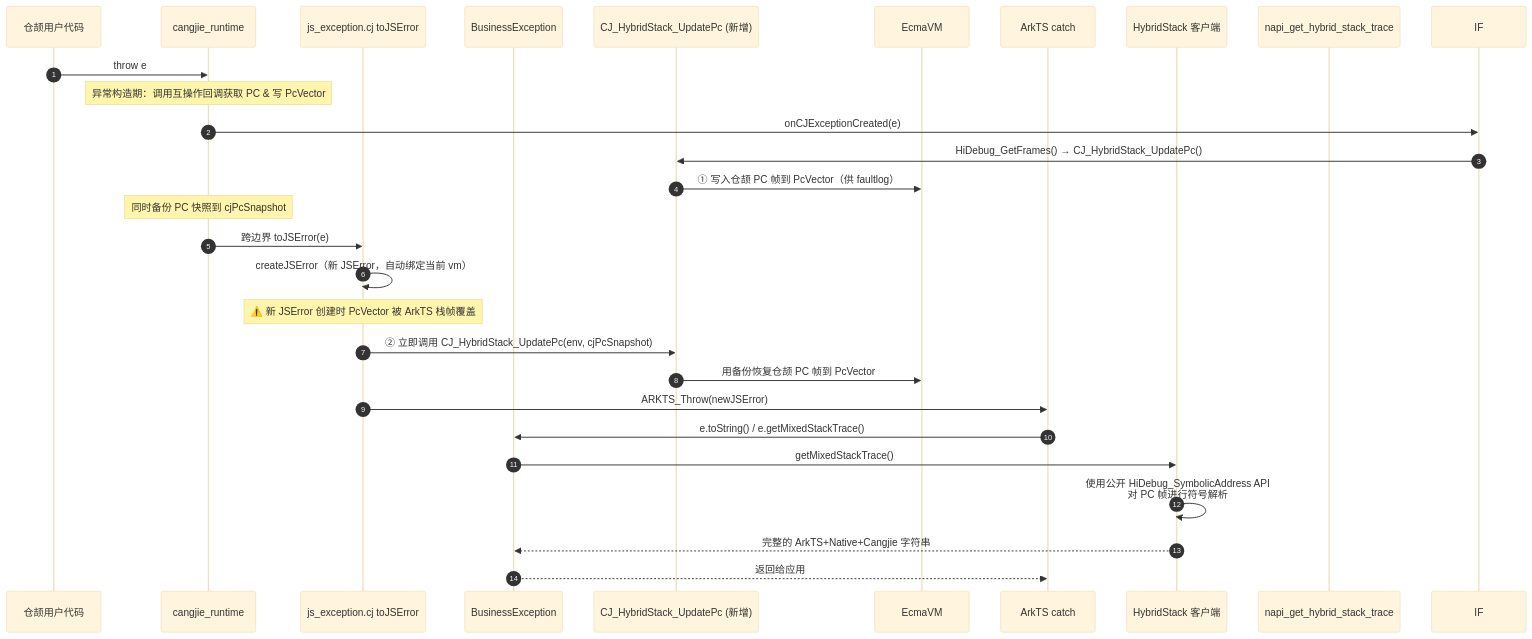
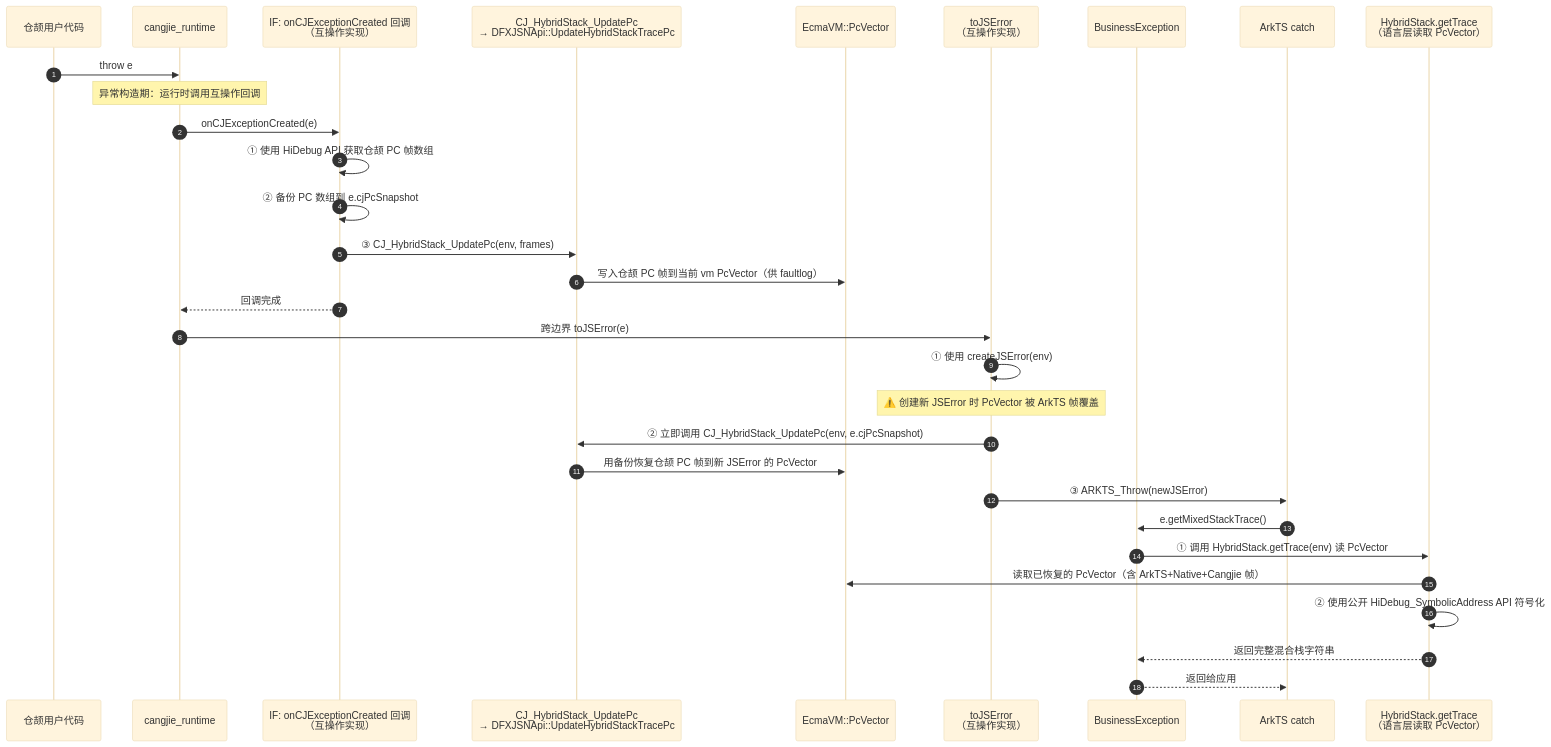
One commit to openharmony/arkcompiler_cangjie_ark_interop changed the third of 3 diagrams in doc/hybridstack_architecture_design.md. Above: the diagram before and after it, drawn with Mermaid (base theme). The commit also changed other lines of this file, not shown here.

First line of the commit message:
fix(hybridstack): clarify architecture - UpdatePc called only by interop, not runtime

````diff
--- a/doc/hybridstack_architecture_design.md
+++ b/doc/hybridstack_architecture_design.md
@@ -155,31 +155,34 @@
 ```mermaid
 sequenceDiagram
     autonumber
     participant U as 仓颉用户代码
     participant CR as cangjie_runtime
-    participant JS as js_exception.cj toJSError
+    participant IFCB as IF: onCJExceptionCreated 回调<br/>（互操作实现）
+    participant UpdatePc as CJ_HybridStack_UpdatePc<br/>→ DFXJSNApi::UpdateHybridStackTracePc
+    participant VM as EcmaVM::PcVector
+    participant ToJS as toJSError<br/>（互操作实现）
     participant BIZ as BusinessException
-    participant CFFI as CJ_HybridStack_UpdatePc (新增)
-    participant VM as EcmaVM
     participant ETS as ArkTS catch
-    participant HS as HybridStack 客户端
-    participant NAPI as napi_get_hybrid_stack_trace
+    participant HS as HybridStack.getTrace<br/>（语言层读取 PcVector）
 
     U->>CR: throw e
-    Note over CR: 异常构造期：调用互操作回调获取 PC & 写 PcVector
-    CR->>IF: onCJExceptionCreated(e)
-    IF->>CFFI: HiDebug_GetFrames() → CJ_HybridStack_UpdatePc()
-    CFFI->>VM: ① 写入仓颉 PC 帧到 PcVector（供 faultlog）
-    Note over CR: 同时备份 PC 快照到 cjPcSnapshot
-    CR->>JS: 跨边界 toJSError(e)
-    JS->>JS: createJSError（新 JSError，自动绑定当前 vm）
-    Note over JS: ⚠️ 新 JSError 创建时 PcVector 被 ArkTS 栈帧覆盖
-    JS->>CFFI: ② 立即调用 CJ_HybridStack_UpdatePc(env, cjPcSnapshot)
-    CFFI->>VM: 用备份恢复仓颉 PC 帧到 PcVector
-    JS->>ETS: ARKTS_Throw(newJSError)
-    ETS->>BIZ: e.toString() / e.getMixedStackTrace()
-    BIZ->>HS: getMixedStackTrace()
-    HS->>HS: 使用公开 HiDebug_SymbolicAddress API<br/>对 PC 帧进行符号解析
-    HS-->>BIZ: 完整的 ArkTS+Native+Cangjie 字符串
+    Note over CR: 异常构造期：运行时调用互操作回调
+    CR->>IFCB: onCJExceptionCreated(e)
+    IFCB->>IFCB: ① 使用 HiDebug API 获取仓颉 PC 帧数组
+    IFCB->>IFCB: ② 备份 PC 数组到 e.cjPcSnapshot
+    IFCB->>UpdatePc: ③ CJ_HybridStack_UpdatePc(env, frames)
+    UpdatePc->>VM: 写入仓颉 PC 帧到当前 vm PcVector（供 faultlog）
+    IFCB-->>CR: 回调完成
+    CR->>ToJS: 跨边界 toJSError(e)
+    ToJS->>ToJS: ① 使用 createJSError(env)
+    Note over ToJS: ⚠️ 创建新 JSError 时 PcVector 被 ArkTS 帧覆盖
+    ToJS->>UpdatePc: ② 立即调用 CJ_HybridStack_UpdatePc(env, e.cjPcSnapshot)
+    UpdatePc->>VM: 用备份恢复仓颉 PC 帧到新 JSError 的 PcVector
+    ToJS->>ETS: ③ ARKTS_Throw(newJSError)
+    ETS->>BIZ: e.getMixedStackTrace()
+    BIZ->>HS: ① 调用 HybridStack.getTrace(env) 读 PcVector
+    HS->>VM: 读取已恢复的 PcVector（含 ArkTS+Native+Cangjie 帧）
+    HS->>HS: ② 使用公开 HiDebug_SymbolicAddress API 符号化
+    HS-->>BIZ: 返回完整混合栈字符串
     BIZ-->>ETS: 返回给应用
 ```
````
